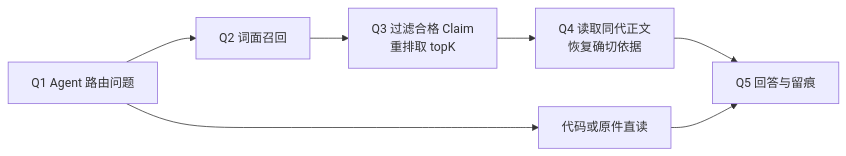
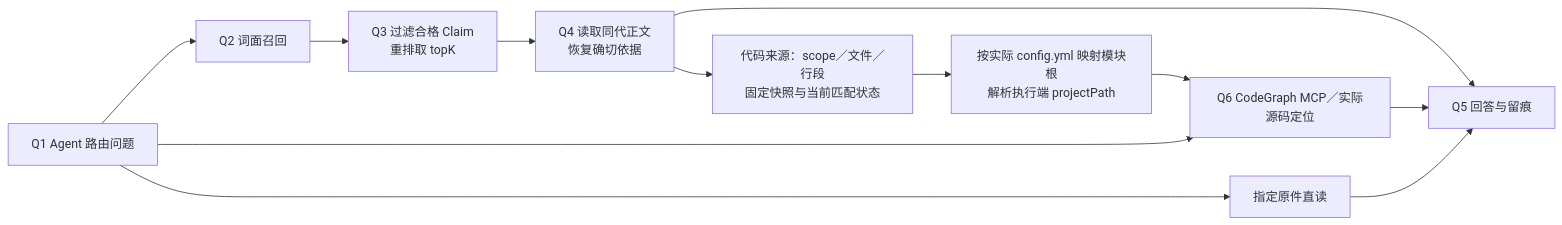
One commit to Robin-hhc/FactumCore changed diagram 19 of 26 in aiotbot-knowledge-wifi-mp/docs-llm-wiki/知识库详细设计.md. Above: the diagram before and after it, drawn with Mermaid. The commit also changed other lines of this file and 11 other files, not shown here.

First line of the commit message:
feat: add CodeGraph setup and source navigation guidance

````diff
--- a/aiotbot-knowledge-wifi-mp/docs-llm-wiki/知识库详细设计.md
+++ b/aiotbot-knowledge-wifi-mp/docs-llm-wiki/知识库详细设计.md
@@ -732,9 +737,14 @@
 ```mermaid
 flowchart LR
     Q1["Q1 Agent 路由问题"] --> Q2["Q2 词面召回"]
     Q2 --> Q3["Q3 过滤合格 Claim<br/>重排取 topK"]
     Q3 --> Q4["Q4 读取同代正文<br/>恢复确切依据"]
     Q4 --> Q5["Q5 回答与留痕"]
-    Q1 --> OTHER["代码或原件直读"]
-    OTHER --> Q5
+    Q1 --> Q6["Q6 CodeGraph MCP／实际源码定位"]
+    Q4 --> SOURCE["代码来源：scope／文件／行段<br/>固定快照与当前匹配状态"]
+    SOURCE --> MAP["按实际 config.yml 映射模块根<br/>解析执行端 projectPath"]
+    MAP --> Q6
+    Q1 --> RAW["指定原件直读"]
+    Q6 --> Q5
+    RAW --> Q5
 ```
````
